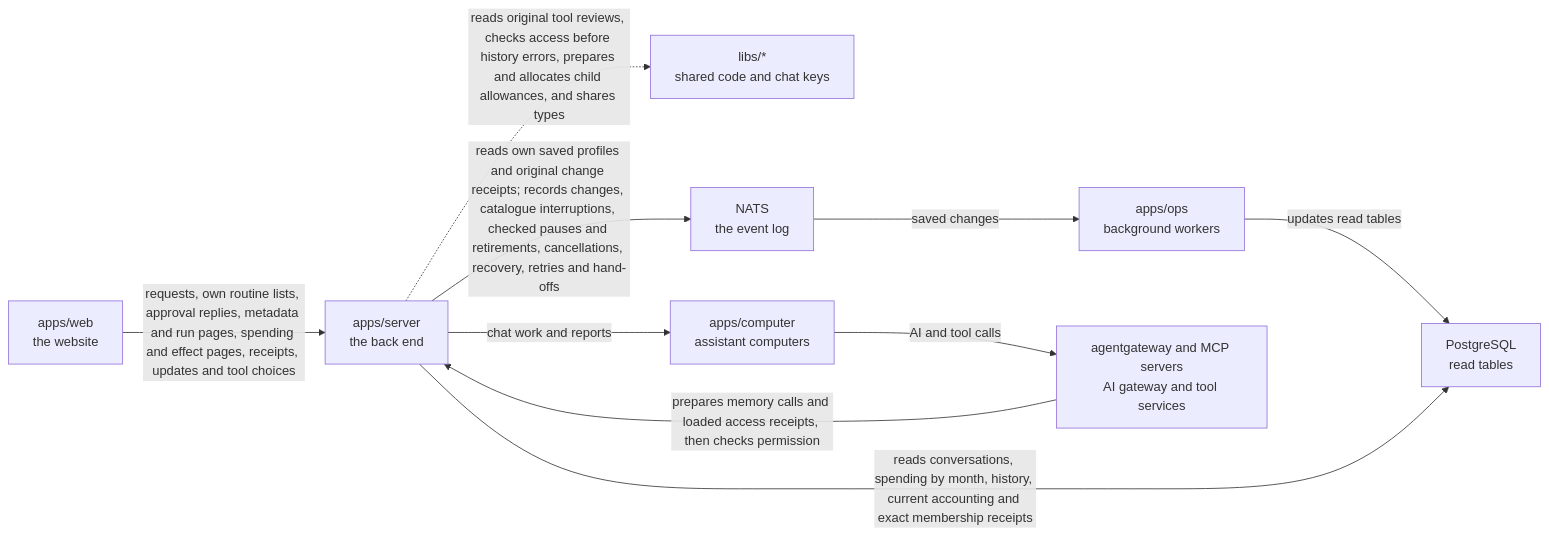
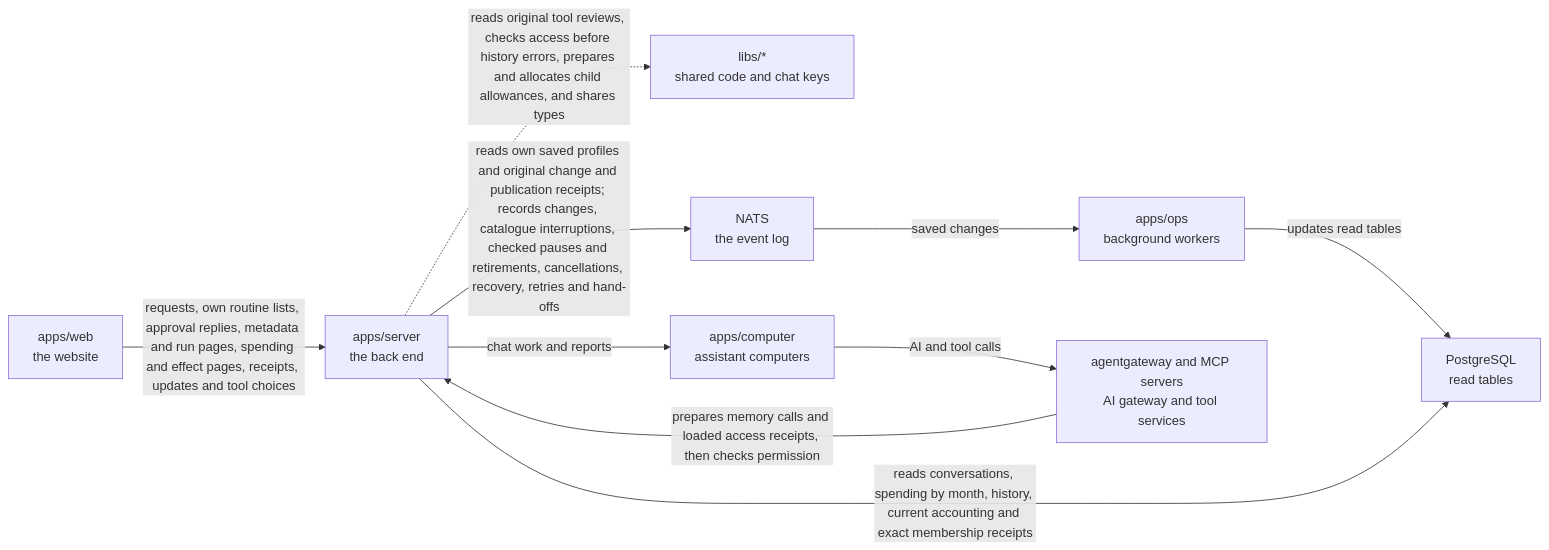
Before and after one commit to elewa-git/opencrane-new: the diagram in apps/server/README.md, drawn with Mermaid. The commit also changed other lines of this file and 5 other files, not shown here.

Commit message:
🧾 Recover original saved tool publication receipts

````diff
--- a/apps/server/README.md
+++ b/apps/server/README.md
@@ -60,12 +60,12 @@
 ```mermaid
 flowchart LR
   web["apps/web<br/>the website"] -->|requests, own routine lists, approval replies, metadata and run pages, spending and effect pages, receipts, updates and tool choices| server["apps/server<br/>the back end"]
   server -.->|reads original tool reviews, checks access before history errors, prepares and allocates child allowances, and shares types| libs["libs/*<br/>shared code and chat keys"]
-  server -->|reads own saved profiles and original change receipts; records changes, catalogue interruptions, checked pauses and retirements, cancellations, recovery, retries and hand-offs| nats["NATS<br/>the event log"]
+  server -->|reads own saved profiles and original change and publication receipts; records changes, catalogue interruptions, checked pauses and retirements, cancellations, recovery, retries and hand-offs| nats["NATS<br/>the event log"]
   nats -->|saved changes| ops["apps/ops<br/>background workers"]
   ops -->|updates read tables| postgres["PostgreSQL<br/>read tables"]
   server -->|reads conversations, spending by month, history, current accounting and exact membership receipts| postgres
   server -->|chat work and reports| computer["apps/computer<br/>assistant computers"]
   computer -->|AI and tool calls| runtime["agentgateway and MCP servers<br/>AI gateway and tool services"]
   runtime -->|prepares memory calls and loaded access receipts, then checks permission| server
 ```
````
